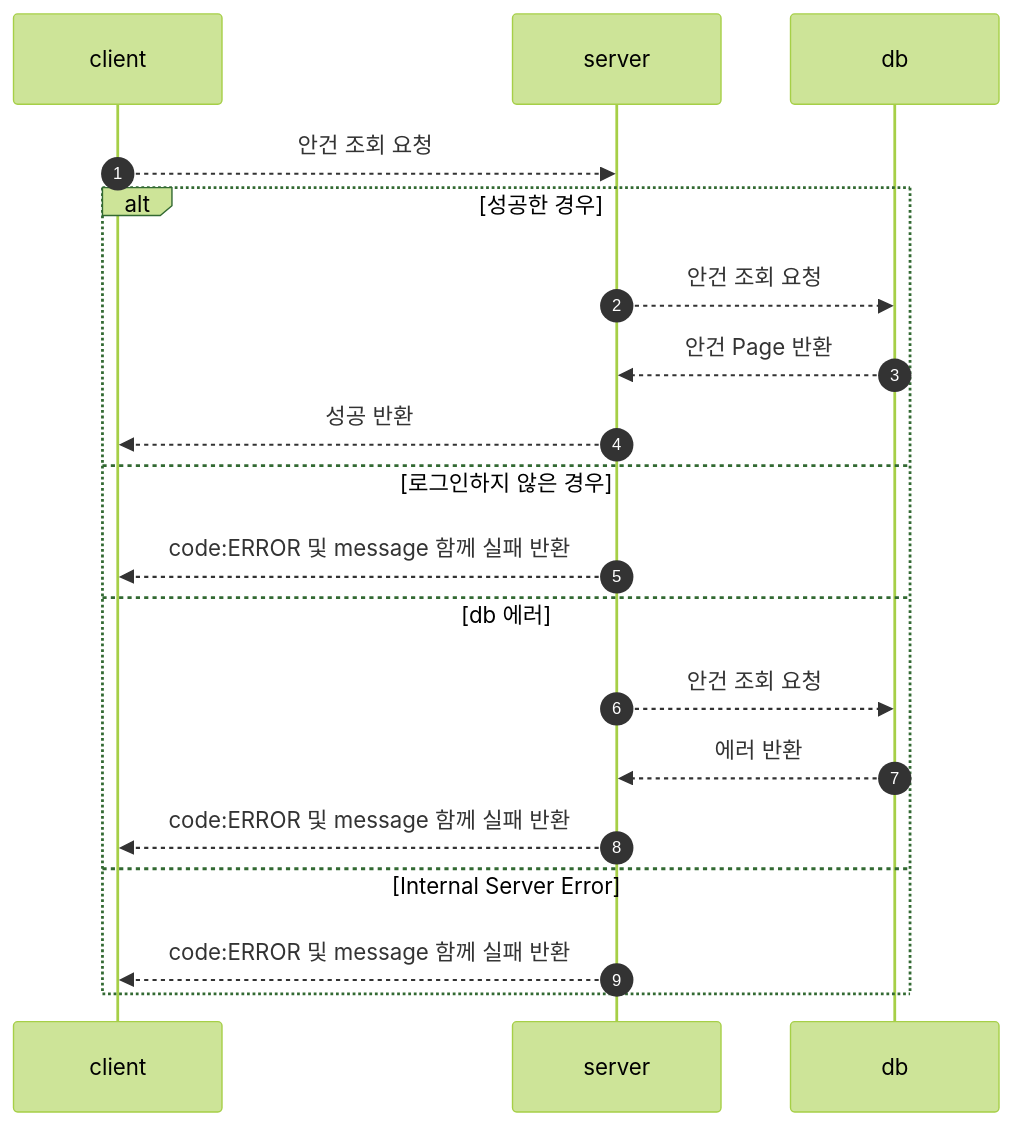
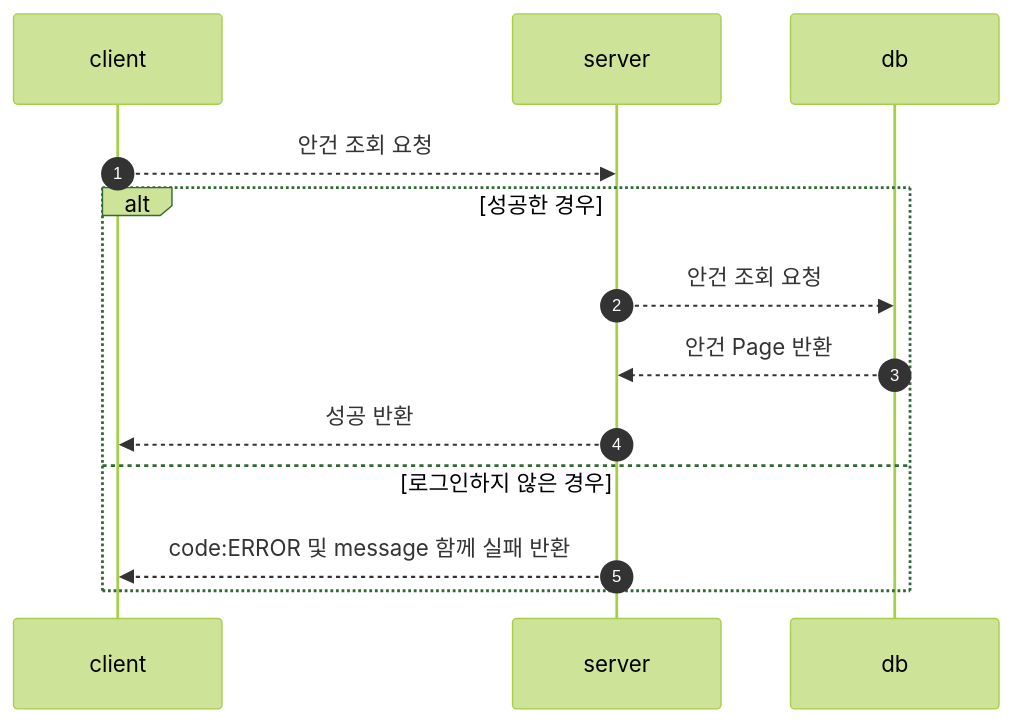
The fifth of 9 diagrams in README.md (haaeee/e-voting), drawn with Mermaid (forest theme) before and after one commit. The commit also changed other lines of this file, not shown here.

````diff
--- a/README.md
+++ b/README.md
@@ -227,18 +222,12 @@
 ```mermaid
   sequenceDiagram
     autonumber
     client -->> server: 안건 조회 요청
     alt 성공한 경우 
     server -->> db : 안건 조회 요청
     db -->> server : 안건 Page 반환
     server -->> client: 성공 반환
     else 로그인하지 않은 경우
     server -->> client: code:ERROR 및 message 함께 실패 반환
-    else db 에러
-    server -->> db : 안건 조회 요청
-    db -->> server : 에러 반환
-    server -->> client: code:ERROR 및 message 함께 실패 반환
-    else Internal Server Error
-    server -->> client: code:ERROR 및 message 함께 실패 반환
     end
 ```
````
